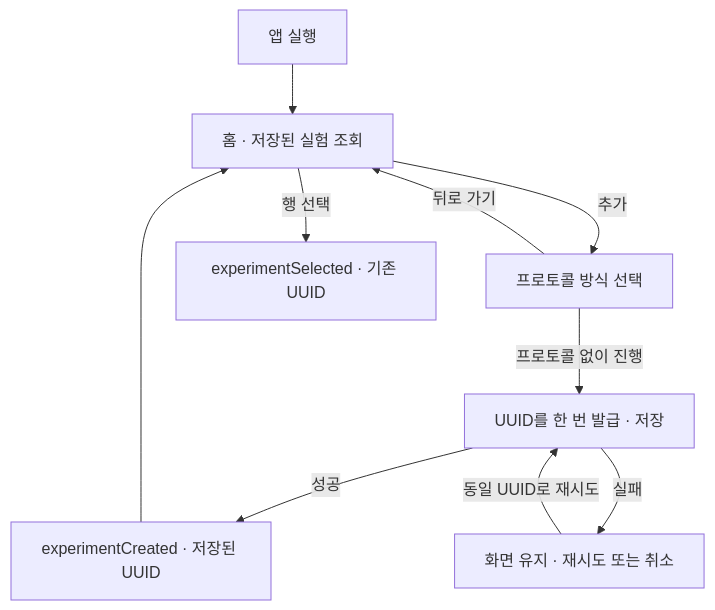
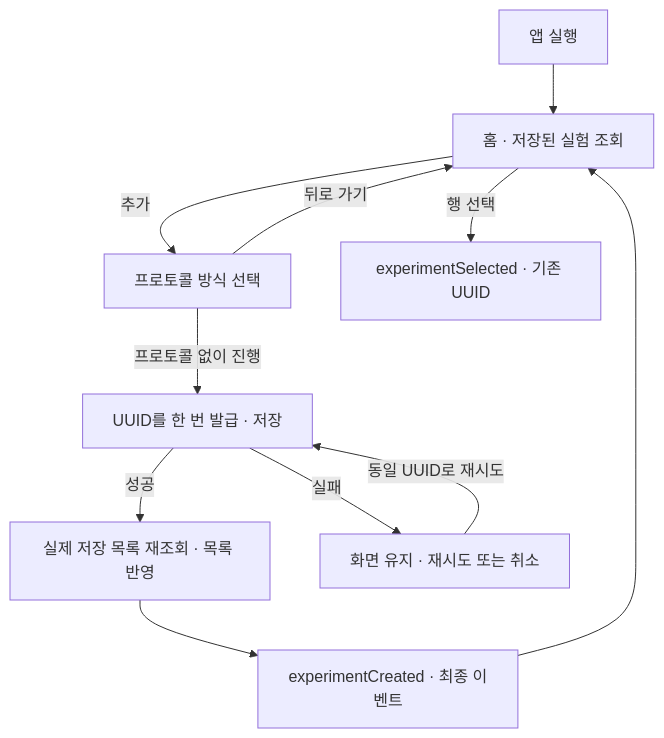
One commit to DeveloperAcademy-POSTECH/2026-C6-M09-Labcord changed the first of 2 diagrams in docs/experiment-entry.md. Above: the diagram before and after it, drawn with Mermaid. The commit also changed other lines of this file and 2 other files, not shown here.

````diff
--- a/docs/experiment-entry.md
+++ b/docs/experiment-entry.md
@@ -9,12 +9,13 @@
 ```mermaid
 flowchart TD
     Launch[앱 실행] --> Home[홈 · 저장된 실험 조회]
     Home -->|추가| Registration[프로토콜 방식 선택]
     Registration -->|뒤로 가기| Home
     Registration -->|프로토콜 없이 진행| Save[UUID를 한 번 발급 · 저장]
-    Save -->|성공| Created[experimentCreated · 저장된 UUID]
+    Save -->|성공| Refresh[실제 저장 목록 재조회 · 목록 반영]
+    Refresh --> Created[experimentCreated · 최종 이벤트]
     Created --> Home
     Save -->|실패| Retry[화면 유지 · 재시도 또는 취소]
     Retry -->|동일 UUID로 재시도| Save
     Home -->|행 선택| Selected[experimentSelected · 기존 UUID]
 ```
````
